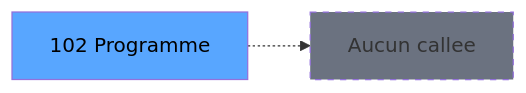
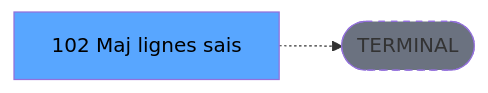
One commit to thonyAGP/lecteur-magic changed the third of 3 diagrams in .openspec/specs/ADH-IDE-102.md. Above: the diagram before and after it, drawn with Mermaid. The commit also changed other lines of this file and 701 other files, not shown here.

````diff
--- a/.openspec/specs/ADH-IDE-102.md
+++ b/.openspec/specs/ADH-IDE-102.md
@@ -141,8 +137,8 @@
 ```mermaid
 graph LR
-    T[102 Programme]
-    NONE[Aucun callee]
-    T -.-> NONE
+    T[102 Maj lignes sais]
+    TERM([TERMINAL])
+    T -.-> TERM
+    style TERM fill:#6b7280,stroke-dasharray: 5 5
     style T fill:#58a6ff,color:#000
-    style NONE fill:#6b7280,stroke-dasharray: 5 5
 ```
````
